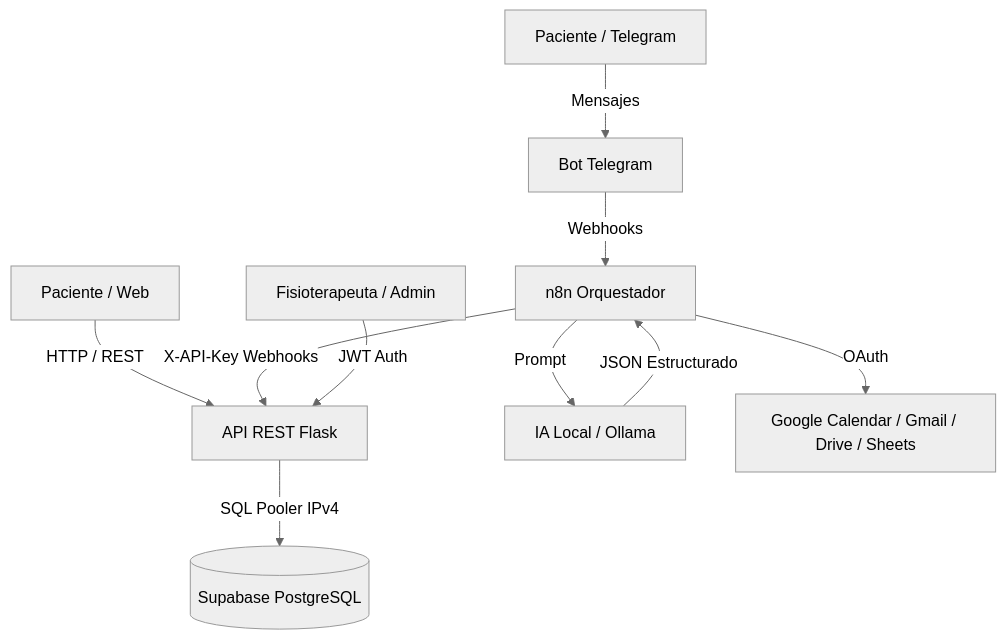
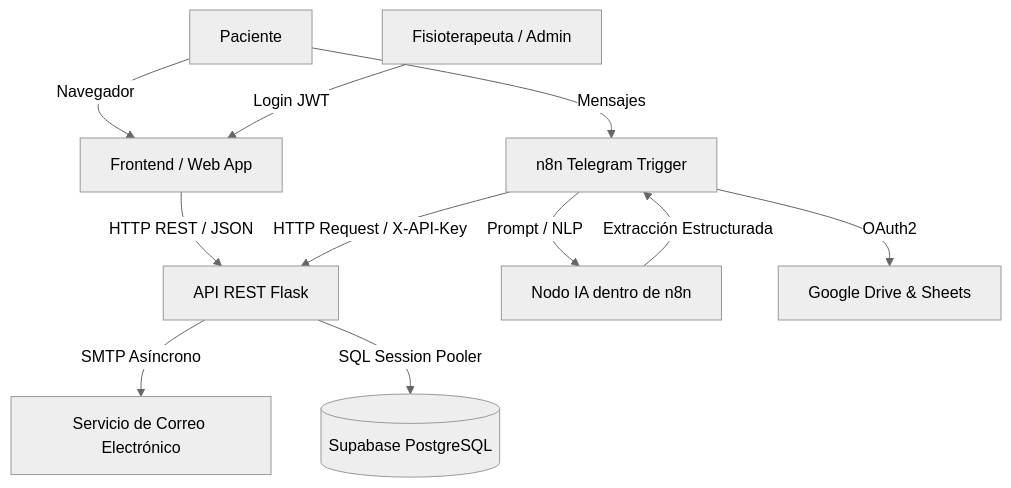
Before and after one commit to TABORDA1234/HackathonFisioterapeuta: the diagram in README.md, drawn with Mermaid (neutral theme). The commit also changed other lines of this file and 4 other files, not shown here.

````diff
--- a/README.md
+++ b/README.md
@@ -26,12 +51,24 @@
 ```mermaid
 graph TD
-    UsuarioWeb[Paciente / Web] -->|HTTP / REST| BackendAPI[API REST Flask]
-    UsuarioTG[Paciente / Telegram] -->|Mensajes| BotTG[Bot Telegram]
-    BotTG -->|Webhooks| N8N[n8n Orquestador]
-    N8N -->|Prompt| IALocal[IA Local / Ollama]
-    IALocal -->|JSON Estructurado| N8N
-    N8N -->|X-API-Key Webhooks| BackendAPI
-    N8N -->|OAuth| Google[Google Calendar / Gmail / Drive / Sheets]
-    BackendAPI -->|SQL Pooler IPv4| Supabase[(Supabase PostgreSQL)]
-    Admin[Fisioterapeuta / Admin] -->|JWT Auth| BackendAPI
+    %% Entidades Externas
+    Paciente[Paciente]
+    Admin[Fisioterapeuta / Admin]
+
+    %% Canales de Entrada
+    Paciente -->|Navegador| SitioWeb[Frontend / Web App]
+    Paciente -->|Mensajes| N8N[n8n Telegram Trigger]
+
+    %% Flujos Core
+    SitioWeb -->|HTTP REST / JSON| BackendAPI[API REST Flask]
+    Admin -->|Login JWT| SitioWeb
+
+    %% Flujos de n8n
+    N8N -->|Prompt / NLP| IANode[Nodo IA dentro de n8n]
+    IANode -->|Extracción Estructurada| N8N
+    N8N -->|HTTP Request / X-API-Key| BackendAPI
+    N8N -->|OAuth2| GoogleWorkspace[Google Drive & Sheets]
+
+    %% Backend y DB
+    BackendAPI -->|SMTP Asíncrono| Email[Servicio de Correo Electrónico]
+    BackendAPI -->|SQL Session Pooler| Supabase[(Supabase PostgreSQL)]
 ```
````
